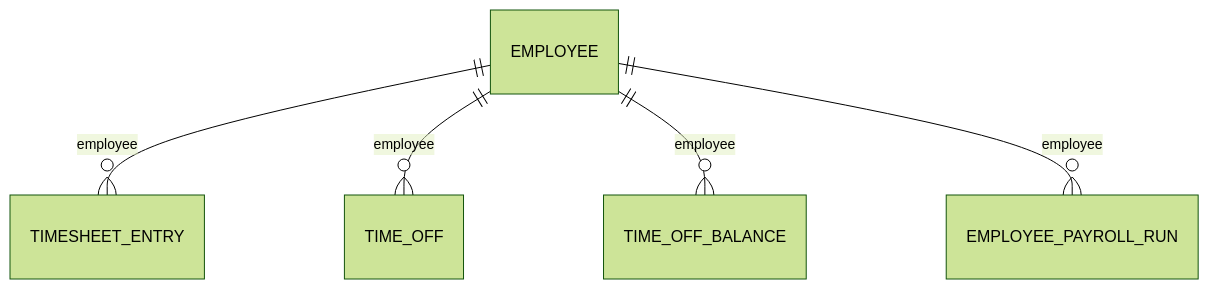
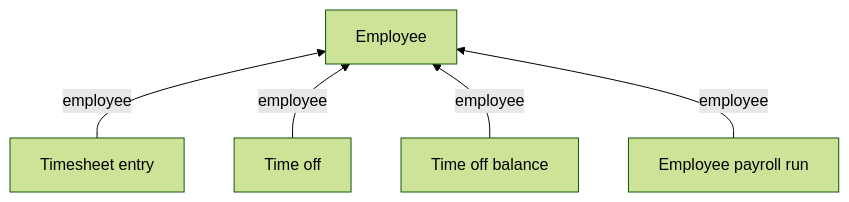
One commit to kaval1810/bindbee-docs-test changed the diagram in guides/data-models/time-and-attendance.mdx. Above: the diagram before and after it, drawn with Mermaid (forest theme). The commit also changed other lines of this file and 61 other files, not shown here.

````diff
--- a/guides/data-models/time-and-attendance.mdx
+++ b/guides/data-models/time-and-attendance.mdx
@@ -23,7 +27,7 @@
 ```mermaid
-erDiagram
-    EMPLOYEE ||--o{ TIMESHEET_ENTRY : "employee"
-    EMPLOYEE ||--o{ TIME_OFF : "employee"
-    EMPLOYEE ||--o{ TIME_OFF_BALANCE : "employee"
-    EMPLOYEE ||--o{ EMPLOYEE_PAYROLL_RUN : "employee"
+flowchart BT
+    TIMESHEET_ENTRY[Timesheet entry] -->|employee| EMPLOYEE[Employee]
+    TIME_OFF[Time off] -->|employee| EMPLOYEE
+    TIME_OFF_BALANCE[Time off balance] -->|employee| EMPLOYEE
+    EMPLOYEE_PAYROLL_RUN[Employee payroll run] -->|employee| EMPLOYEE
 ```
````
